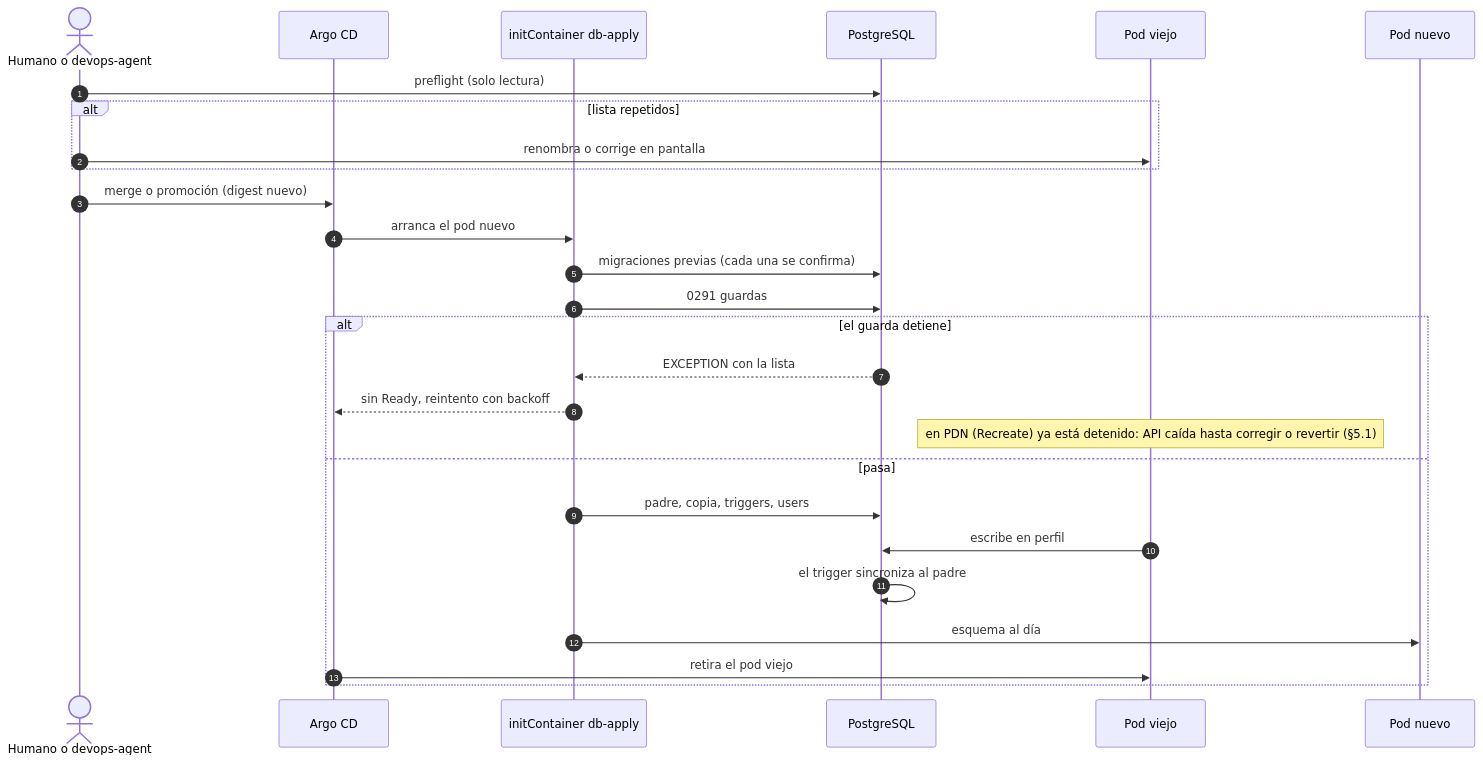
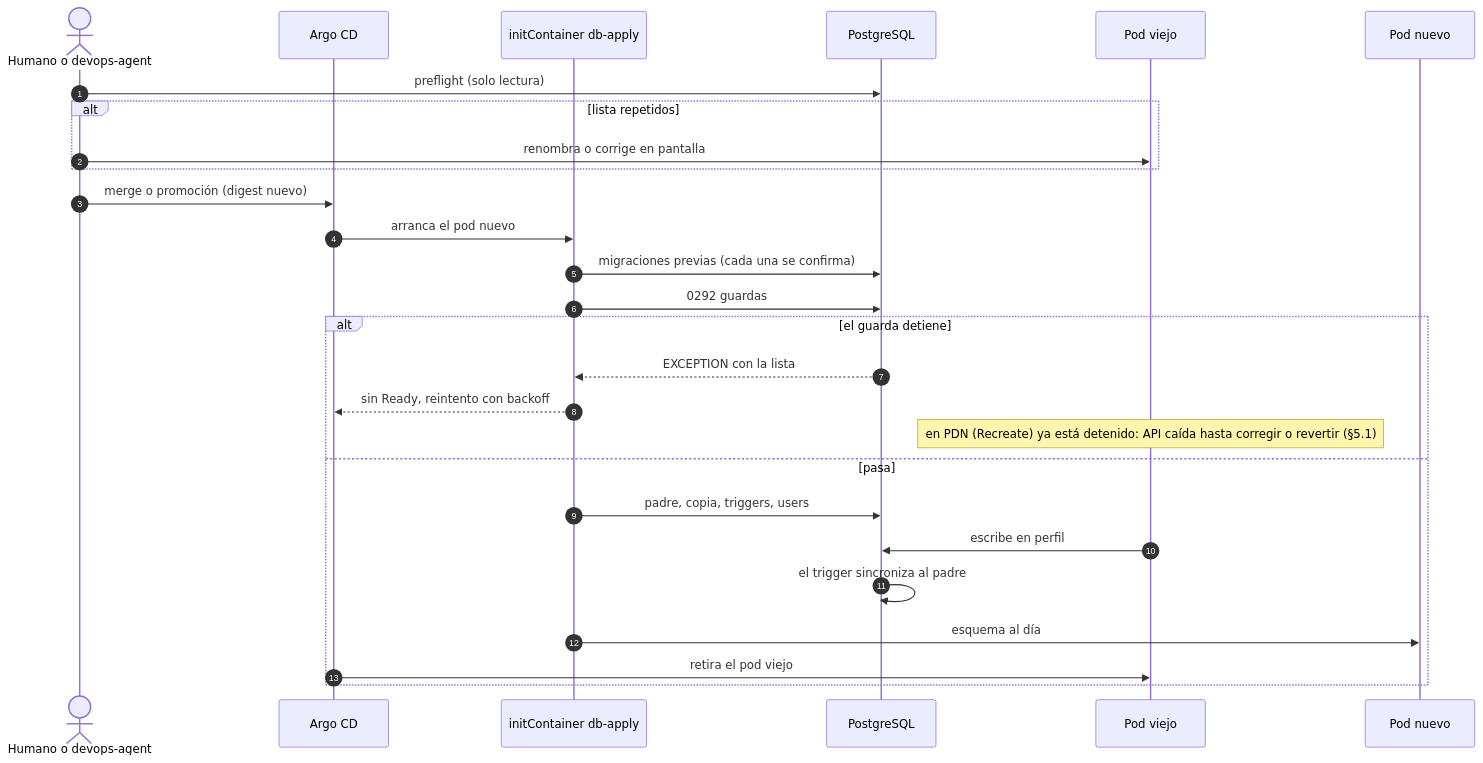
The first of 2 diagrams in docs/adr/ADR-0039-flito-proveedores-multiservicio-y-logistica-operada-por-proveedor.md (flitsas/flito), drawn with Mermaid before and after one commit. The commit also changed other lines of this file and 6 other files, not shown here.

````diff
--- a/docs/adr/ADR-0039-flito-proveedores-multiservicio-y-logistica-operada-por-proveedor.md
+++ b/docs/adr/ADR-0039-flito-proveedores-multiservicio-y-logistica-operada-por-proveedor.md
@@ -284,29 +284,29 @@
 ```mermaid
 sequenceDiagram
   autonumber
   actor H as Humano o devops-agent
   participant A as Argo CD
   participant I as initContainer db-apply
   participant DB as PostgreSQL
   participant V as Pod viejo
   participant N as Pod nuevo
   H->>DB: preflight (solo lectura)
   alt lista repetidos
     H->>V: renombra o corrige en pantalla
   end
   H->>A: merge o promoción (digest nuevo)
   A->>I: arranca el pod nuevo
   I->>DB: migraciones previas (cada una se confirma)
-  I->>DB: 0291 guardas
+  I->>DB: 0292 guardas
   alt el guarda detiene
     DB-->>I: EXCEPTION con la lista
     I-->>A: sin Ready, reintento con backoff
     Note over V: en PDN (Recreate) ya está detenido: API caída hasta corregir o revertir (§5.1)
   else pasa
     I->>DB: padre, copia, triggers, users
     V->>DB: escribe en perfil
     DB->>DB: el trigger sincroniza al padre
     I->>N: esquema al día
     A->>V: retira el pod viejo
   end
 ```
````
